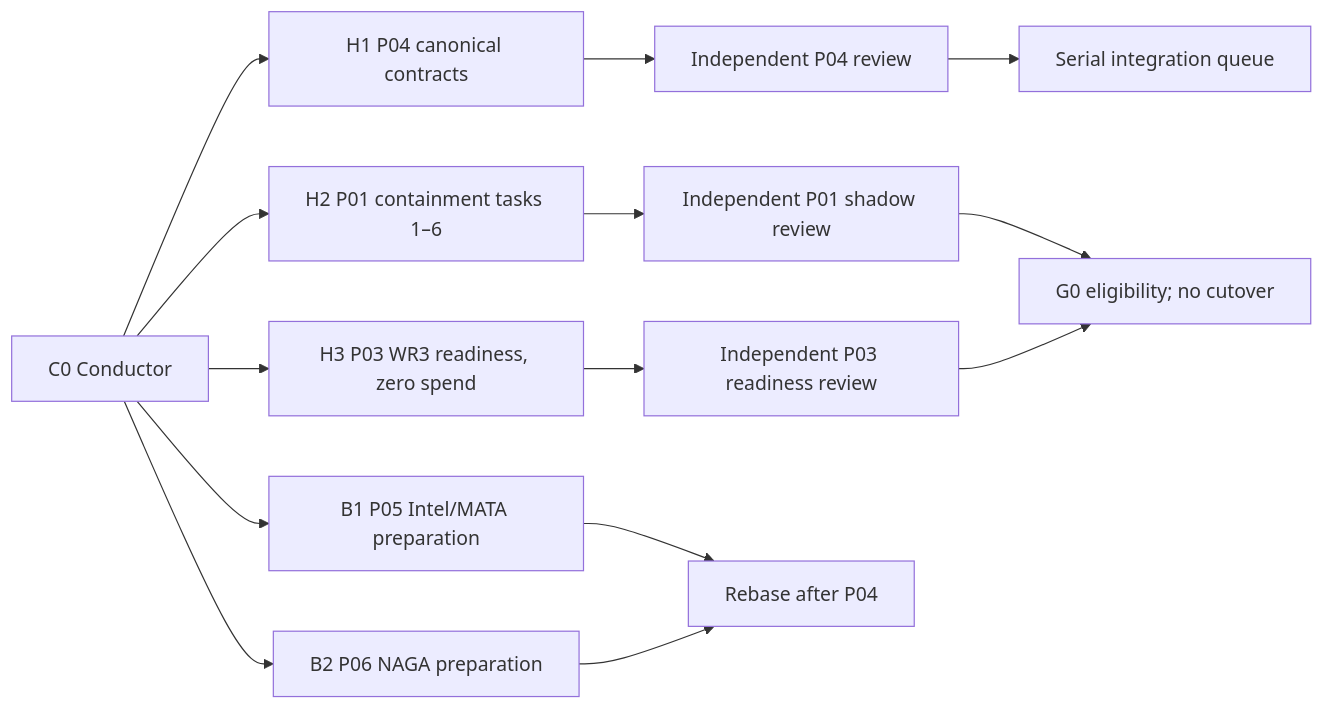
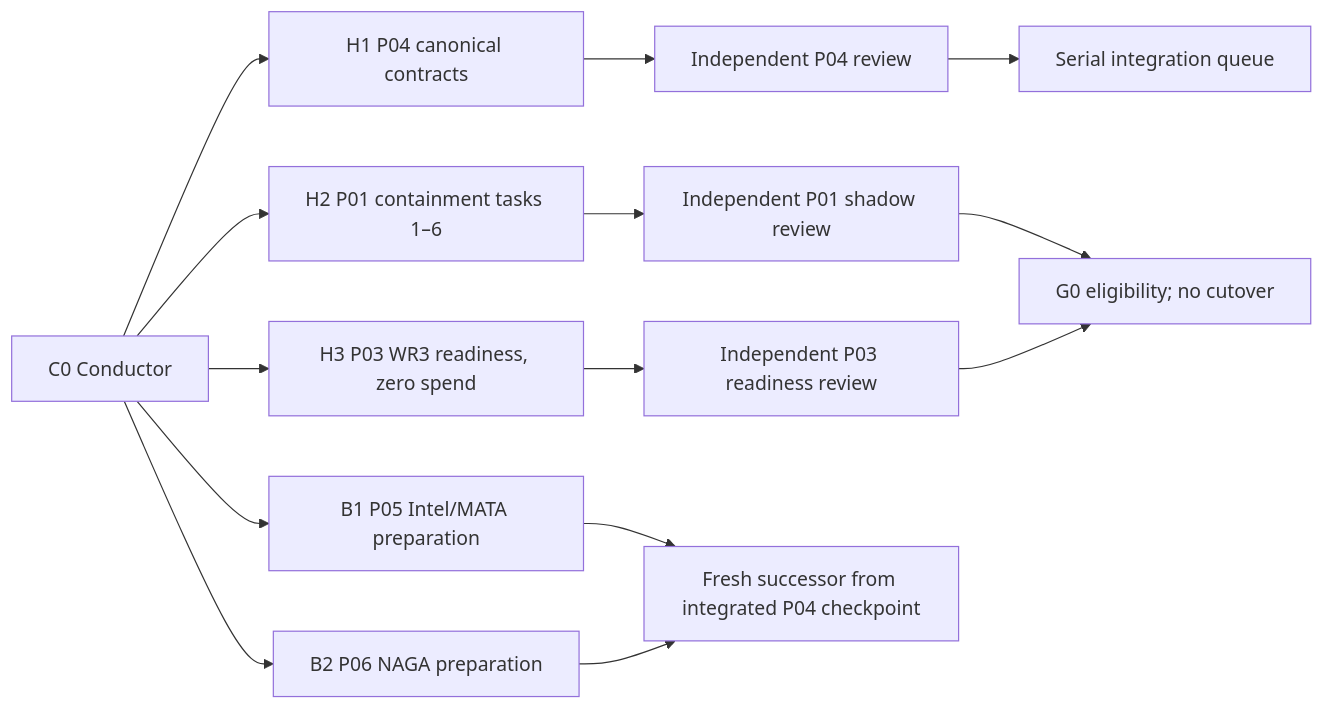
The diagram in research/operations/execution/research-os-v1.0.0/WAVE-0-DISPATCH.md (Bali-Zero/Teman2), drawn with Mermaid before and after one commit. The commit also changed other lines of this file and 4 other files, not shown here.

````diff
--- a/research/operations/execution/research-os-v1.0.0/WAVE-0-DISPATCH.md
+++ b/research/operations/execution/research-os-v1.0.0/WAVE-0-DISPATCH.md
@@ -14,17 +14,17 @@
 ```mermaid
 flowchart LR
     C["C0 Conductor"] --> H1["H1 P04 canonical contracts"]
     C --> H2["H2 P01 containment tasks 1–6"]
     C --> H3["H3 P03 WR3 readiness, zero spend"]
     C --> B1["B1 P05 Intel/MATA preparation"]
     C --> B2["B2 P06 NAGA preparation"]
 
     H1 --> R1["Independent P04 review"]
     H2 --> R2["Independent P01 shadow review"]
     H3 --> R3["Independent P03 readiness review"]
     R1 --> I["Serial integration queue"]
     R2 --> G0["G0 eligibility; no cutover"]
     R3 --> G0
-    B1 --> Q["Rebase after P04"]
+    B1 --> Q["Fresh successor from integrated P04 checkpoint"]
     B2 --> Q
 ```
````
